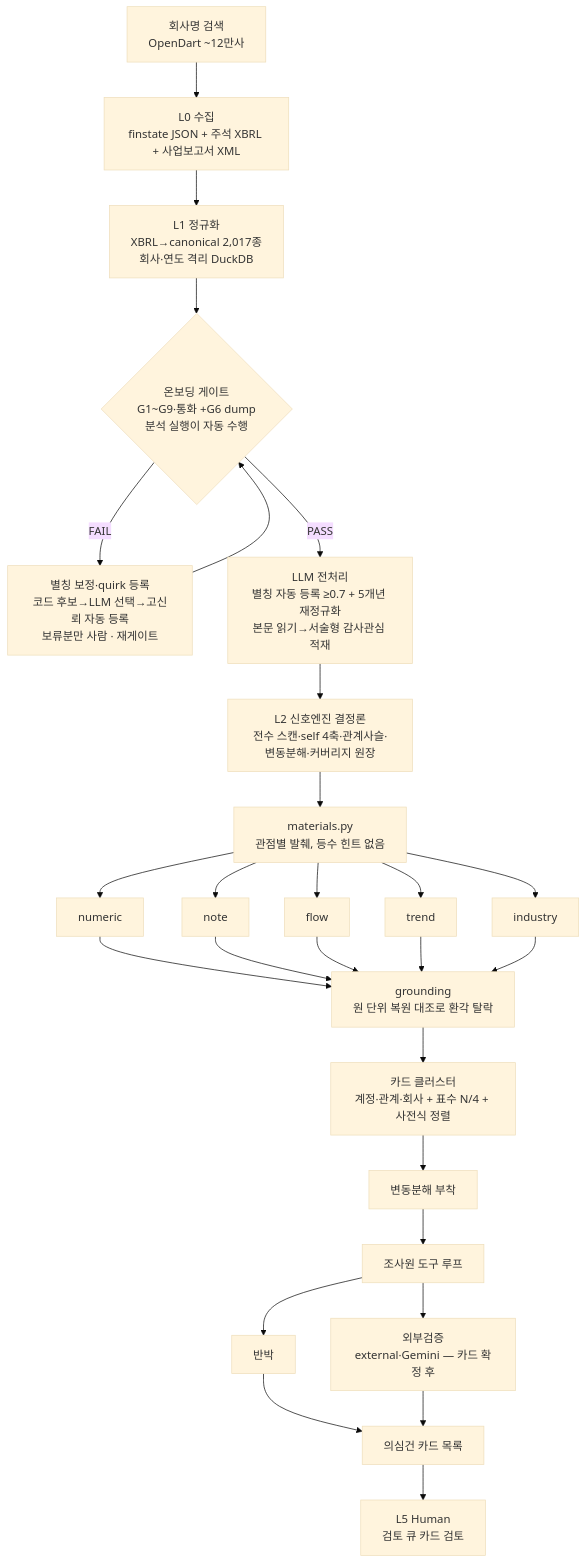
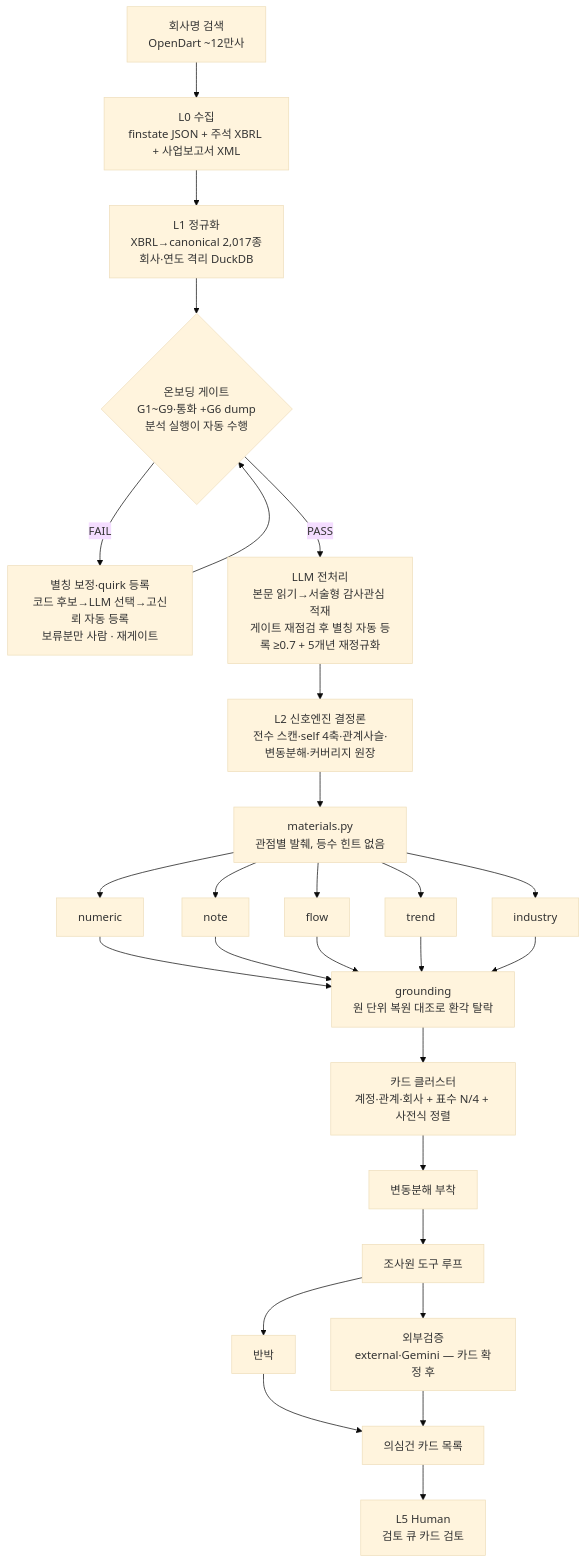
One commit to ghdtjrgns321-creator/fs-multi-analyzer changed the diagram in FINAL-REPORT/2_PIPELINE.md. Above: the diagram before and after it, drawn with Mermaid (base theme). The commit also changed other lines of this file and 14 other files, not shown here.

````diff
--- a/FINAL-REPORT/2_PIPELINE.md
+++ b/FINAL-REPORT/2_PIPELINE.md
@@ -5,24 +5,24 @@
 ```mermaid
 flowchart TD
     A[회사명 검색<br/>OpenDart ~12만사] --> B[L0 수집<br/>finstate JSON + 주석 XBRL + 사업보고서 XML]
     B --> C[L1 정규화<br/>XBRL→canonical 2,017종<br/>회사·연도 격리 DuckDB]
     C --> G{온보딩 게이트<br/>G1~G9·통화 +G6 dump<br/>분석 실행이 자동 수행}
     G -->|FAIL| Q[별칭 보정·quirk 등록<br/>코드 후보→LLM 선택→고신뢰 자동 등록<br/>보류분만 사람 · 재게이트]
     Q --> G
-    G -->|PASS| OB[LLM 전처리<br/>별칭 자동 등록 ≥0.7 + 5개년 재정규화<br/>본문 읽기→서술형 감사관심 적재]
+    G -->|PASS| OB[LLM 전처리<br/>본문 읽기→서술형 감사관심 적재<br/>게이트 재점검 후 별칭 자동 등록 ≥0.7 + 5개년 재정규화]
     OB --> S[L2 신호엔진 결정론<br/>전수 스캔·self 4축·관계사슬·변동분해·커버리지 원장]
     S --> M[materials.py<br/>관점별 발췌, 등수 힌트 없음]
     M --> P1[numeric]
     M --> P2[note]
     M --> P3[flow]
     M --> P4[trend]
     M --> P5[industry]
     P1 & P2 & P3 & P4 & P5 --> GR[grounding<br/>원 단위 복원 대조로 환각 탈락]
     GR --> CB[카드 클러스터<br/>계정·관계·회사 + 표수 N/4 + 사전식 정렬]
     CB --> DEC[변동분해 부착]
     DEC --> INV[조사원 도구 루프]
     INV --> RB[반박]
     INV --> EV[외부검증<br/>external·Gemini — 카드 확정 후]
     RB & EV --> CARD[의심건 카드 목록]
     CARD --> H[L5 Human<br/>검토 큐 카드 검토]
 ```
````
